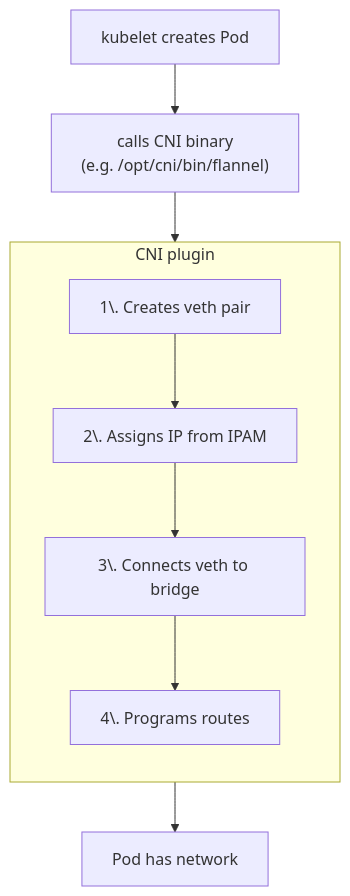
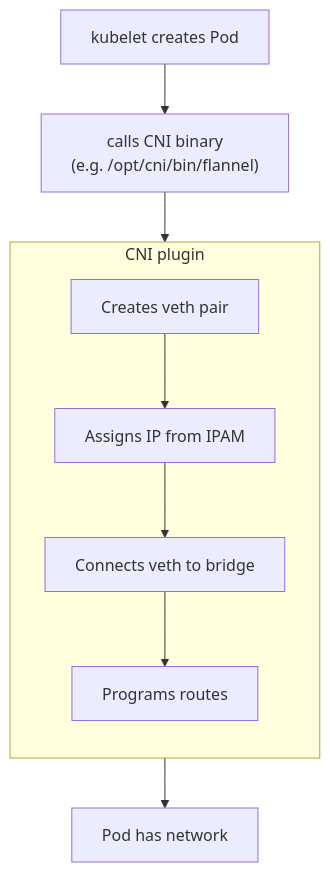
One commit to albujuk/Notes changed the fourth of 7 diagrams in 300 - Containers/Kubernetes/Networking.md. Above: the diagram before and after it, drawn with Mermaid.

Commit message:
vault backup: 2026-05-12 10:54:23

````diff
--- a/300 - Containers/Kubernetes/Networking.md
+++ b/300 - Containers/Kubernetes/Networking.md
@@ -140,14 +140,14 @@
 ```mermaid
 flowchart TD
     A["kubelet creates Pod"] --> B["calls CNI binary<br>(e.g. /opt/cni/bin/flannel)"]
     B --> C1
 
     subgraph C["CNI plugin"]
         direction TB
-        C1["1\. Creates veth pair"] --> C2["2\. Assigns IP from IPAM"]
-        C2 --> C3["3\. Connects veth to bridge"]
-        C3 --> C4["4\. Programs routes"]
+        C1["Creates veth pair"] --> C2["Assigns IP from IPAM"]
+        C2 --> C3["Connects veth to bridge"]
+        C3 --> C4["Programs routes"]
     end
 
     C4 --> D["Pod has network"]
 ```
````
